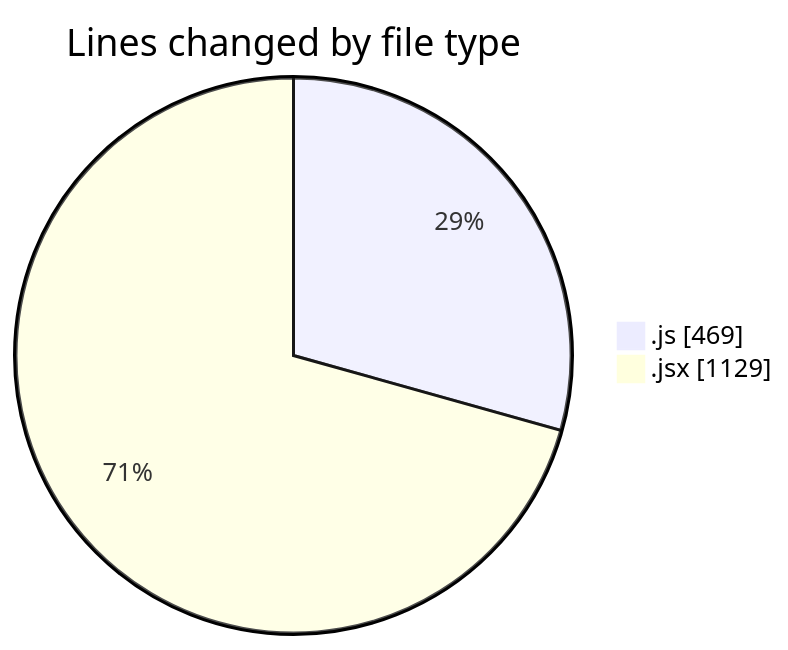
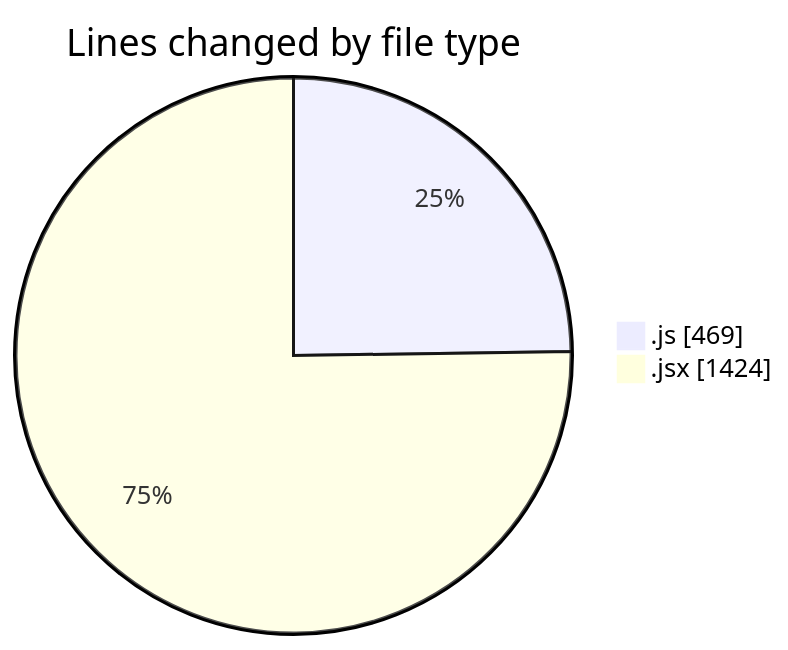
Before and after one commit to nxtqubesakshisongat/code-tracking: the first of 2 diagrams in 2025-12-01/nxtqube_webapp/README.md, drawn with Mermaid. The commit also changed other lines of this file and 1 other file, not shown here.

````diff
--- a/2025-12-01/nxtqube_webapp/README.md
+++ b/2025-12-01/nxtqube_webapp/README.md
@@ -22,6 +23,6 @@
 ```mermaid
 pie showData
 title Lines changed by file type
 ".js" : 469
-".jsx" : 1129
+".jsx" : 1424
 ```
````
